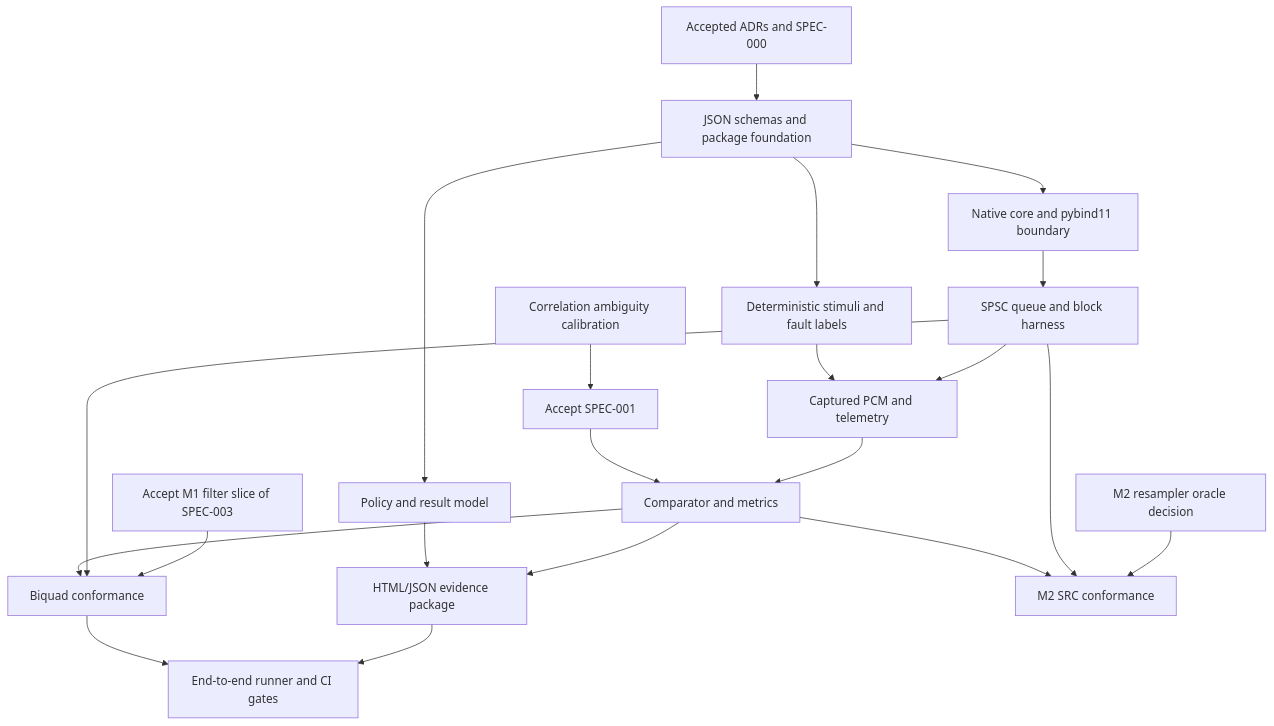
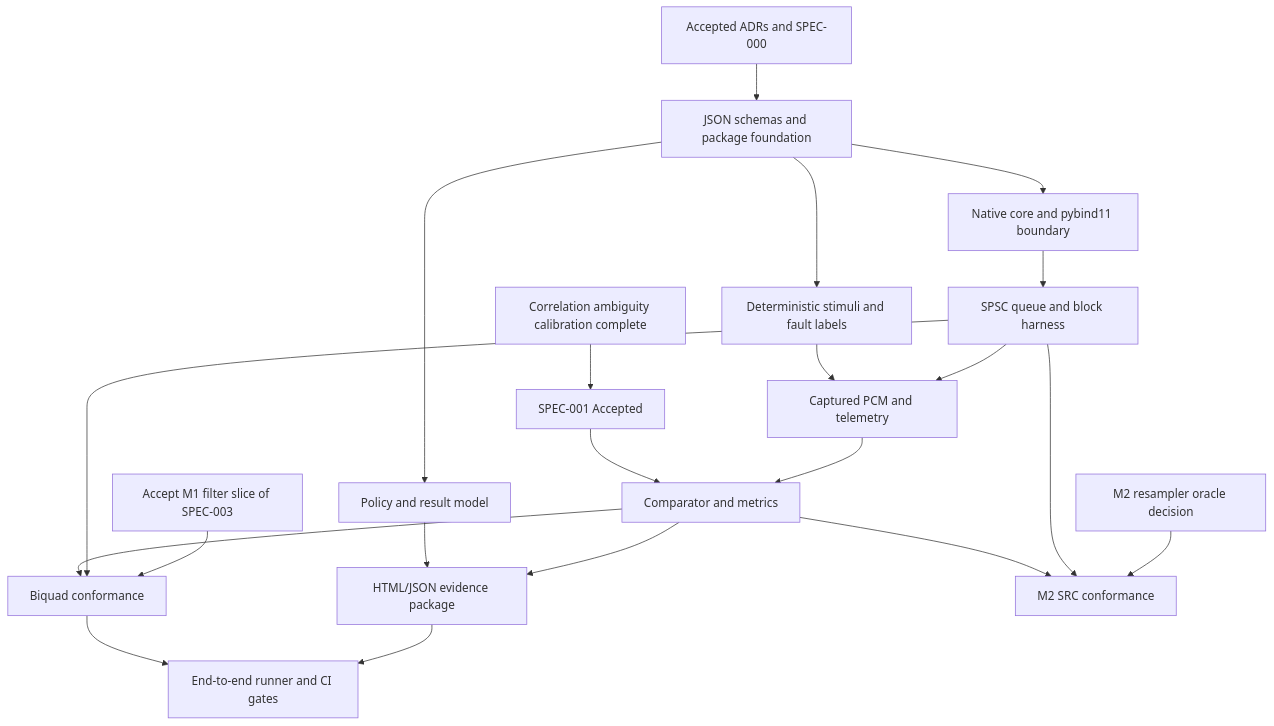
Before and after one commit to maxiaortiz22/playstation-audio-swe: the diagram in docs/sdd/M1-acceptance-review.md, drawn with Mermaid. The commit also changed other lines of this file and 7 other files, not shown here.

````diff
--- a/docs/sdd/M1-acceptance-review.md
+++ b/docs/sdd/M1-acceptance-review.md
@@ -78,23 +80,23 @@
 ```mermaid
 flowchart TD
     A["Accepted ADRs and SPEC-000"] --> B["JSON schemas and package foundation"]
     B --> C["Native core and pybind11 boundary"]
     C --> D["SPSC queue and block harness"]
     B --> E["Deterministic stimuli and fault labels"]
     D --> F["Captured PCM and telemetry"]
     E --> F
-    G["Correlation ambiguity calibration"] --> H["Accept SPEC-001"]
+    G["Correlation ambiguity calibration complete"] --> H["SPEC-001 Accepted"]
     F --> I["Comparator and metrics"]
     H --> I
     B --> J["Policy and result model"]
     I --> K["HTML/JSON evidence package"]
     J --> K
     L["Accept M1 filter slice of SPEC-003"] --> M["Biquad conformance"]
     D --> M
     I --> M
     K --> N["End-to-end runner and CI gates"]
     M --> N
     O["M2 resampler oracle decision"] --> P["M2 SRC conformance"]
     D --> P
     I --> P
 ```
````
